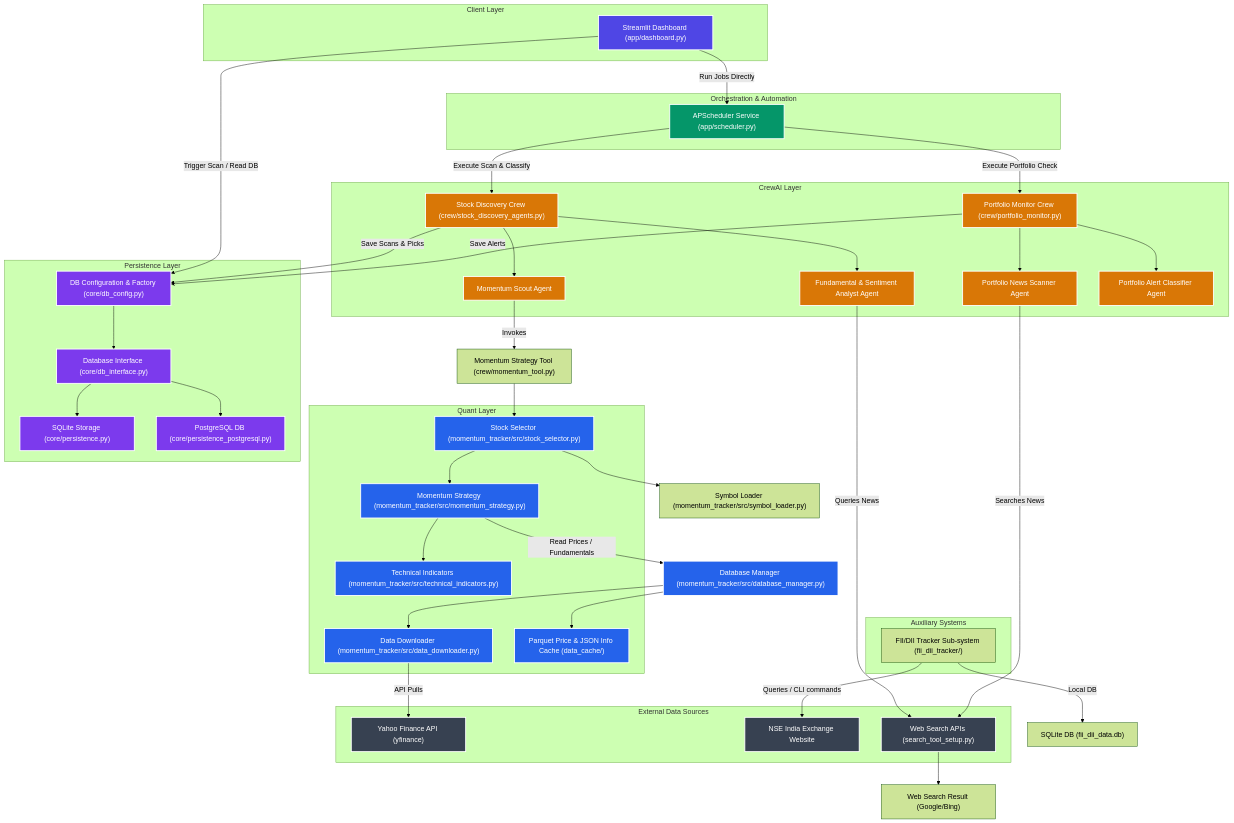
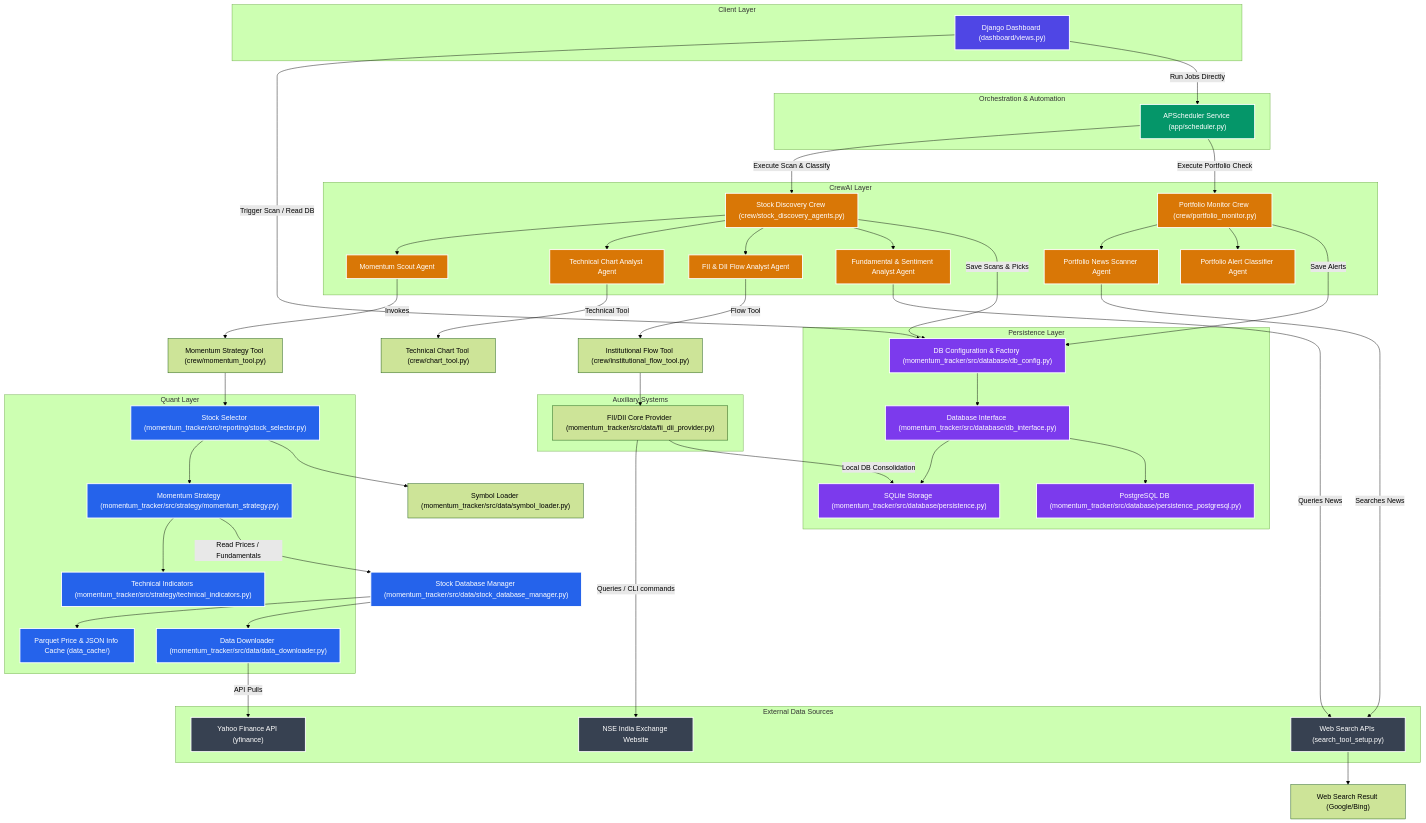
Before and after one commit to agrawalgopalk/Momentum-Tracker: the first of 3 diagrams in docs/architecture_document.md, drawn with Mermaid (forest theme). The commit also changed other lines of this file and 111 other files, not shown here.

````diff
--- a/docs/architecture_document.md
+++ b/docs/architecture_document.md
@@ -14,7 +14,7 @@
 graph TD
     %% Component Definitions
     subgraph Client Layer
-        Dash["Streamlit Dashboard (app/dashboard.py)"]
+        Dash["Django Dashboard (dashboard/views.py)"]
     end
 
     subgraph Orchestration & Automation
@@ -25,28 +25,30 @@
         Discovery["Stock Discovery Crew (crew/stock_discovery_agents.py)"]
         Monitor["Portfolio Monitor Crew (crew/portfolio_monitor.py)"]
         ScoutAg["Momentum Scout Agent"]
+        ChartAg["Technical Chart Analyst Agent"]
+        FlowAg["FII & DII Flow Analyst Agent"]
         AnalystAg["Fundamental & Sentiment Analyst Agent"]
         ScanAg["Portfolio News Scanner Agent"]
         ClassAg["Portfolio Alert Classifier Agent"]
     end
 
     subgraph Quantitative Engine [Quant Layer]
-        Selector["Stock Selector (momentum_tracker/src/stock_selector.py)"]
-        Strategy["Momentum Strategy (momentum_tracker/src/momentum_strategy.py)"]
-        Indicators["Technical Indicators (momentum_tracker/src/technical_indicators.py)"]
-        DataDown["Data Downloader (momentum_tracker/src/data_downloader.py)"]
+        Selector["Stock Selector (momentum_tracker/src/reporting/stock_selector.py)"]
+        Strategy["Momentum Strategy (momentum_tracker/src/strategy/momentum_strategy.py)"]
+        Indicators["Technical Indicators (momentum_tracker/src/strategy/technical_indicators.py)"]
+        DataDown["Data Downloader (momentum_tracker/src/data/data_downloader.py)"]
         DiskCache["Parquet Price & JSON Info Cache (data_cache/)"]
     end
 
     subgraph Data & Persistence Layer [Persistence Layer]
-        DbFactory["DB Configuration & Factory (core/db_config.py)"]
-        DbInterface["Database Interface (core/db_interface.py)"]
-        SQLite["SQLite Storage (core/persistence.py)"]
-        Postgres["PostgreSQL DB (core/persistence_postgresql.py)"]
+        DbFactory["DB Configuration & Factory (momentum_tracker/src/database/db_config.py)"]
+        DbInterface["Database Interface (momentum_tracker/src/database/db_interface.py)"]
+        SQLite["SQLite Storage (momentum_tracker/src/database/persistence.py)"]
+        Postgres["PostgreSQL DB (momentum_tracker/src/database/persistence_postgresql.py)"]
     end
 
     subgraph Auxiliary Systems
-        FiiDii["FII/DII Tracker Sub-system (fii_dii_tracker/)"]
+        FiiDii["FII/DII Core Provider (momentum_tracker/src/data/fii_dii_provider.py)"]
     end
 
     subgraph External Data Sources
@@ -63,9 +65,14 @@
     
     %% Discovery Crew Connections
     Discovery --> ScoutAg
+    Discovery --> ChartAg
+    Discovery --> FlowAg
     Discovery --> AnalystAg
     ScoutAg -->|Invokes| Tool["Momentum Strategy Tool (crew/momentum_tool.py)"]
     Tool --> Selector
+    ChartAg -->|Technical Tool| ChartTool["Technical Chart Tool (crew/chart_tool.py)"]
+    FlowAg -->|Flow Tool| FlowTool["Institutional Flow Tool (crew/institutional_flow_tool.py)"]
+    FlowTool --> FiiDii
     AnalystAg -->|Queries News| Serper
     Serper --> ExternalData["Web Search Result (Google/Bing)"]
     
@@ -76,11 +83,11 @@
     
     %% Quant Pipeline Flows
     Selector --> Strategy
-    Selector --> Loader["Symbol Loader (momentum_tracker/src/symbol_loader.py)"]
+    Selector --> Loader["Symbol Loader (momentum_tracker/src/data/symbol_loader.py)"]
     Strategy --> Indicators
-    Strategy -->|Read Prices / Fundamentals| DatabaseManager["Database Manager (momentum_tracker/src/database_manager.py)"]
-    DatabaseManager --> DiskCache
-    DatabaseManager --> DataDown
+    Strategy -->|Read Prices / Fundamentals| StockDatabaseManager["Stock Database Manager (momentum_tracker/src/data/stock_database_manager.py)"]
+    StockDatabaseManager --> DiskCache
+    StockDatabaseManager --> DataDown
     DataDown -->|API Pulls| YF
     
     %% Persistence Layer Routing
@@ -92,7 +99,7 @@
     
     %% FII/DII Integration
     FiiDii -->|Queries / CLI commands| NSE
-    FiiDii -->|Local DB| SQLiteFii["SQLite DB (fii_dii_data.db)"]
+    FiiDii -->|Local DB Consolidation| SQLite
     
     %% Styles
     classDef client fill:#4F46E5,stroke:#fff,stroke-width:2px,color:#fff;
@@ -104,8 +111,8 @@
 
     class Dash client;
     class Sched automation;
-    class Discovery,Monitor,ScoutAg,AnalystAg,ScanAg,ClassAg ai;
-    class Selector,Strategy,Indicators,DatabaseManager,DataDown,DiskCache quant;
+    class Discovery,Monitor,ScoutAg,ChartAg,FlowAg,AnalystAg,ScanAg,ClassAg ai;
+    class Selector,Strategy,Indicators,StockDatabaseManager,DataDown,DiskCache quant;
     class DbFactory,DbInterface,SQLite,Postgres persist;
     class YF,NSE,Serper external;
 ```
````
